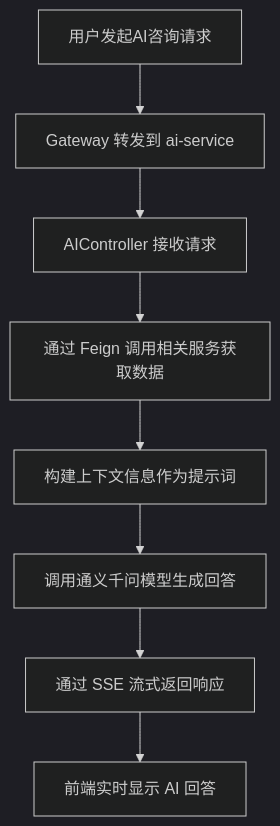
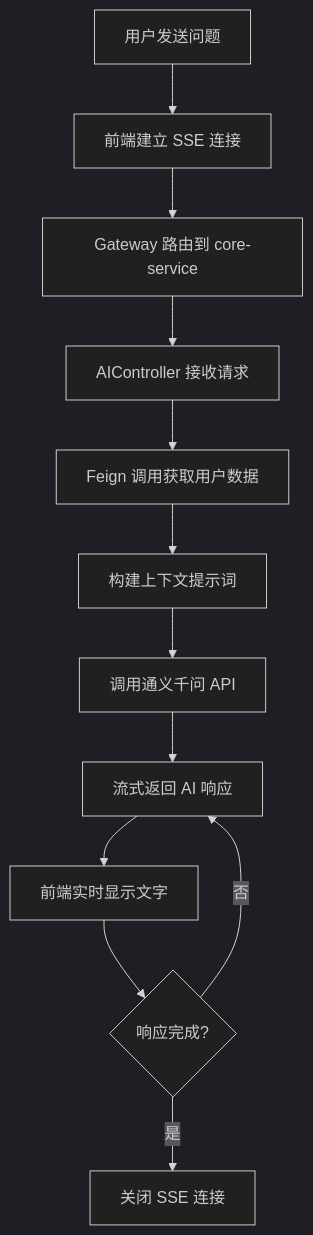
Before and after one commit to NissonCX/Java-Course-Exp: the fifth of 5 diagrams in Exp_Final/实验报告.md, drawn with Mermaid (dark theme). The commit also changed other lines of this file and 7 other files, not shown here.

````diff
--- a/Exp_Final/实验报告.md
+++ b/Exp_Final/实验报告.md
@@ -250,10 +344,14 @@
 ```mermaid
 graph TD
-    A[用户发起AI咨询请求] --> B[Gateway 转发到 ai-service]
-    B --> C[AIController 接收请求]
-    C --> D[通过 Feign 调用相关服务获取数据]
-    D --> E[构建上下文信息作为提示词]
-    E --> F[调用通义千问模型生成回答]
-    F --> G[通过 SSE 流式返回响应]
-    G --> H[前端实时显示 AI 回答]
+    A[用户发送问题] --> B[前端建立 SSE 连接]
+    B --> C[Gateway 路由到 core-service]
+    C --> D[AIController 接收请求]
+    D --> E[Feign 调用获取用户数据]
+    E --> F[构建上下文提示词]
+    F --> G[调用通义千问 API]
+    G --> H[流式返回 AI 响应]
+    H --> I[前端实时显示文字]
+    I --> J{响应完成?}
+    J -->|否| H
+    J -->|是| K[关闭 SSE 连接]
 ```
````
